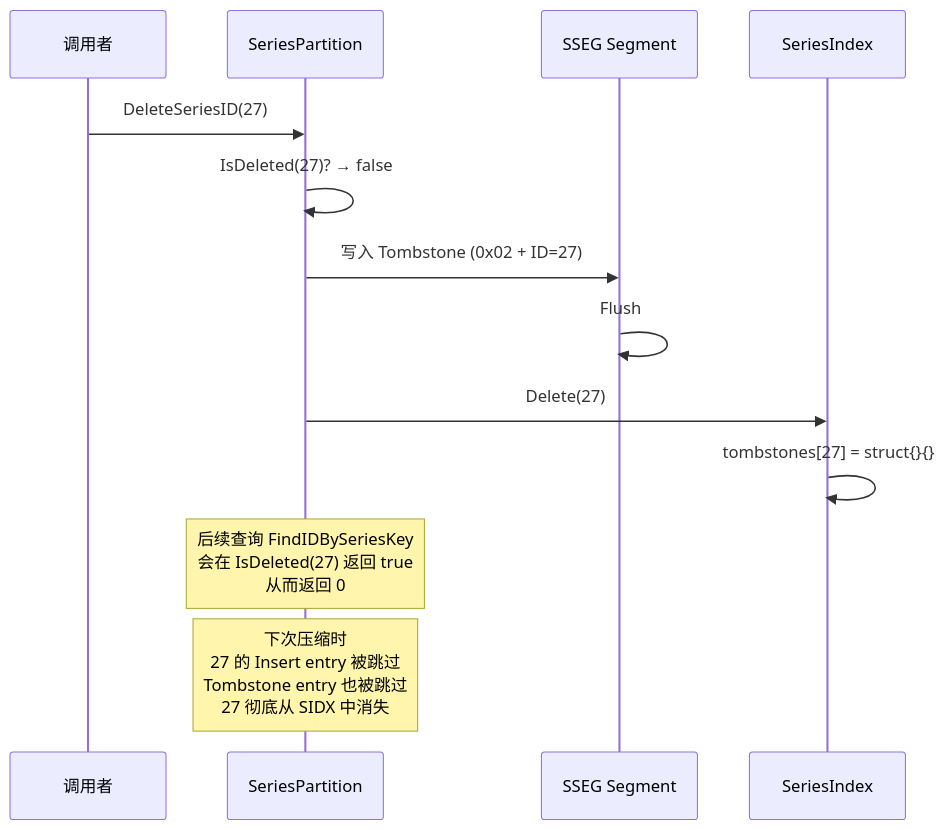
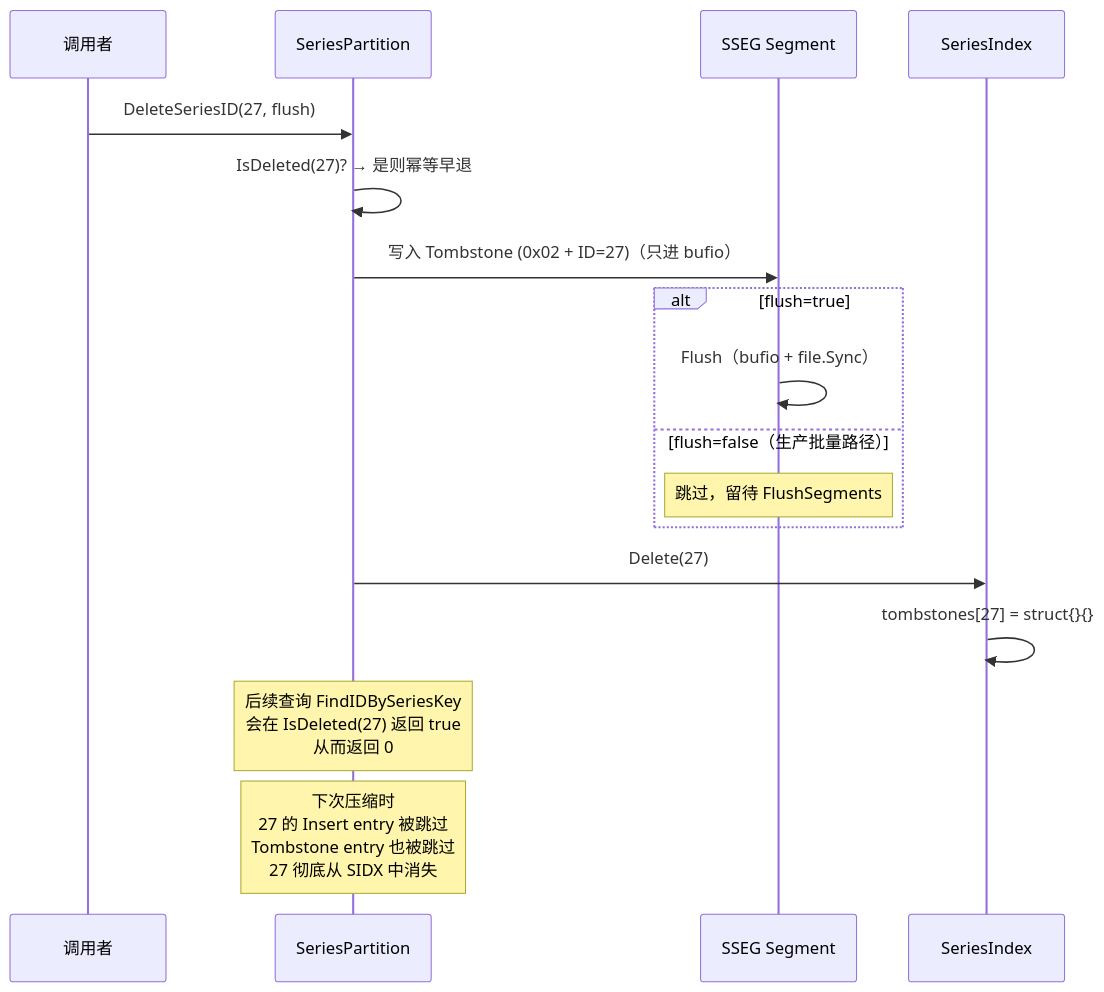
One commit to stefanv5/influxdb changed diagram 20 of 21 in docs/specs/14_series_file_deep_dive_spec.md. Above: the diagram before and after it, drawn with Mermaid. The commit also changed other lines of this file and 18 other files, not shown here.

````diff
--- a/docs/specs/14_series_file_deep_dive_spec.md
+++ b/docs/specs/14_series_file_deep_dive_spec.md
@@ -2280,18 +2281,22 @@
 ```mermaid
 sequenceDiagram
     participant Caller as 调用者
     participant Part as SeriesPartition
     participant SSEG as SSEG Segment
     participant Index as SeriesIndex
 
-    Caller->>Part: DeleteSeriesID(27)
-    Part->>Part: IsDeleted(27)? → false
-    Part->>SSEG: 写入 Tombstone (0x02 + ID=27)
-    SSEG->>SSEG: Flush
+    Caller->>Part: DeleteSeriesID(27, flush)
+    Part->>Part: IsDeleted(27)? → 是则幂等早退
+    Part->>SSEG: 写入 Tombstone (0x02 + ID=27)（只进 bufio）
+    alt flush=true
+        SSEG->>SSEG: Flush（bufio + file.Sync）
+    else flush=false（生产批量路径）
+        Note over SSEG: 跳过，留待 FlushSegments
+    end
     Part->>Index: Delete(27)
     Index->>Index: tombstones[27] = struct{}{}
 
     Note over Part: 后续查询 FindIDBySeriesKey<br/>会在 IsDeleted(27) 返回 true<br/>从而返回 0
 
     Note over Part: 下次压缩时<br/>27 的 Insert entry 被跳过<br/>Tombstone entry 也被跳过<br/>27 彻底从 SIDX 中消失
 ```
````
